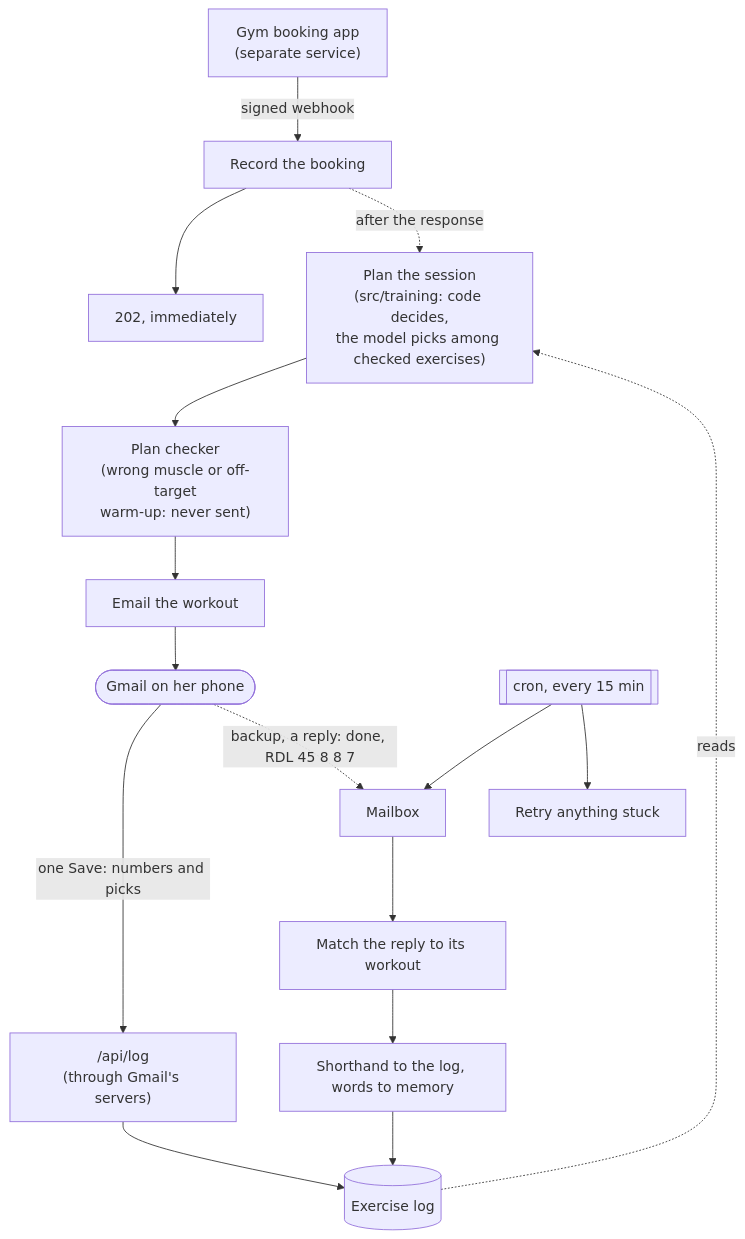
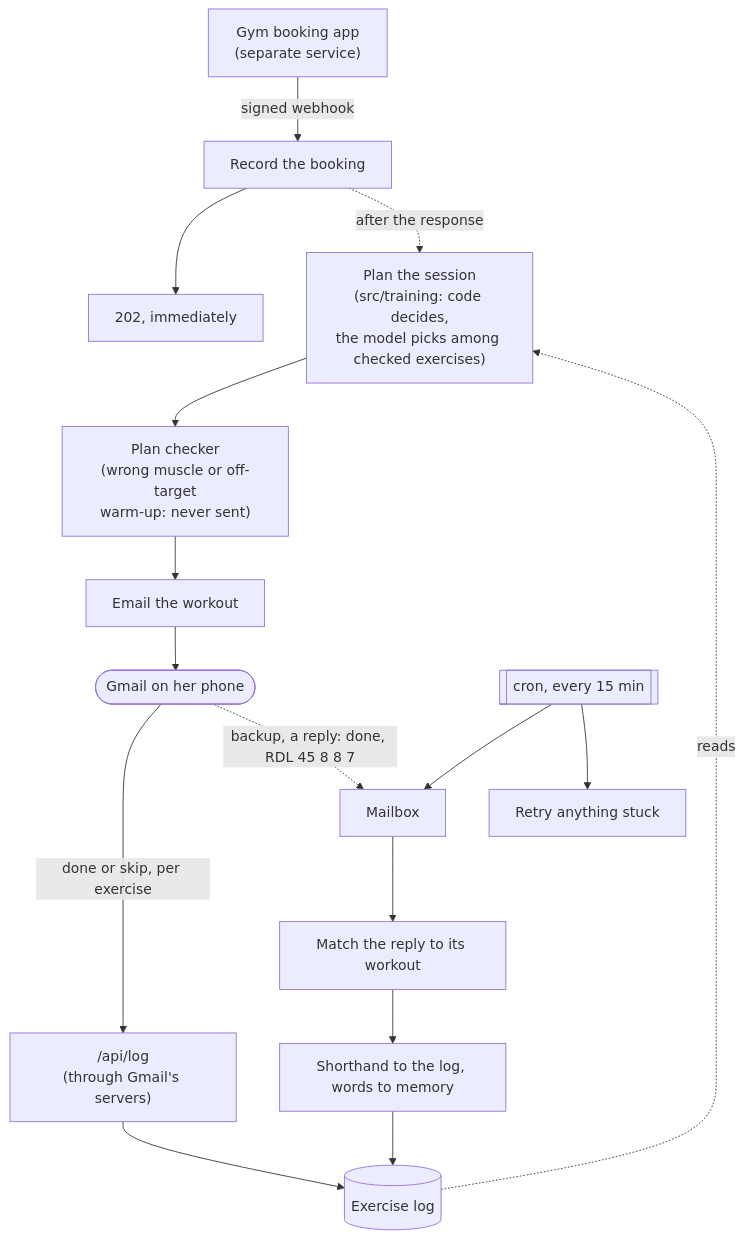
One commit to 604annabelle-maker/workout-loop changed the diagram in README.md. Above: the diagram before and after it, drawn with Mermaid. The commit also changed other lines of this file and 7 other files, not shown here.

First line of the commit message:
No Save: done or skip on each exercise, nothing guessed

````diff
--- a/README.md
+++ b/README.md
@@ -8,18 +9,18 @@
 ```mermaid
 flowchart TD
     A["Gym booking app<br/>(separate service)"] -->|signed webhook| B[Record the booking]
     B --> C[202, immediately]
     B -.after the response.-> D["Plan the session<br/>(src/training: code decides,<br/>the model picks among checked exercises)"]
     D --> E["Plan checker<br/>(wrong muscle or off-target<br/>warm-up: never sent)"]
     E --> F[Email the workout]
     F --> G([Gmail on her phone])
-    G -->|"one Save: numbers and picks"| T["/api/log<br/>(through Gmail's servers)"]
+    G -->|"done or skip, per exercise"| T["/api/log<br/>(through Gmail's servers)"]
     T --> M[(Exercise log)]
     G -.->|"backup, a reply: done, RDL 45 8 8 7"| H[Mailbox]
     I[["cron, every 15 min"]] --> H
     I --> J[Retry anything stuck]
     H --> K[Match the reply to its workout]
     K --> L[Shorthand to the log, words to memory]
     L --> M
     M -.reads.-> D
 ```
````
